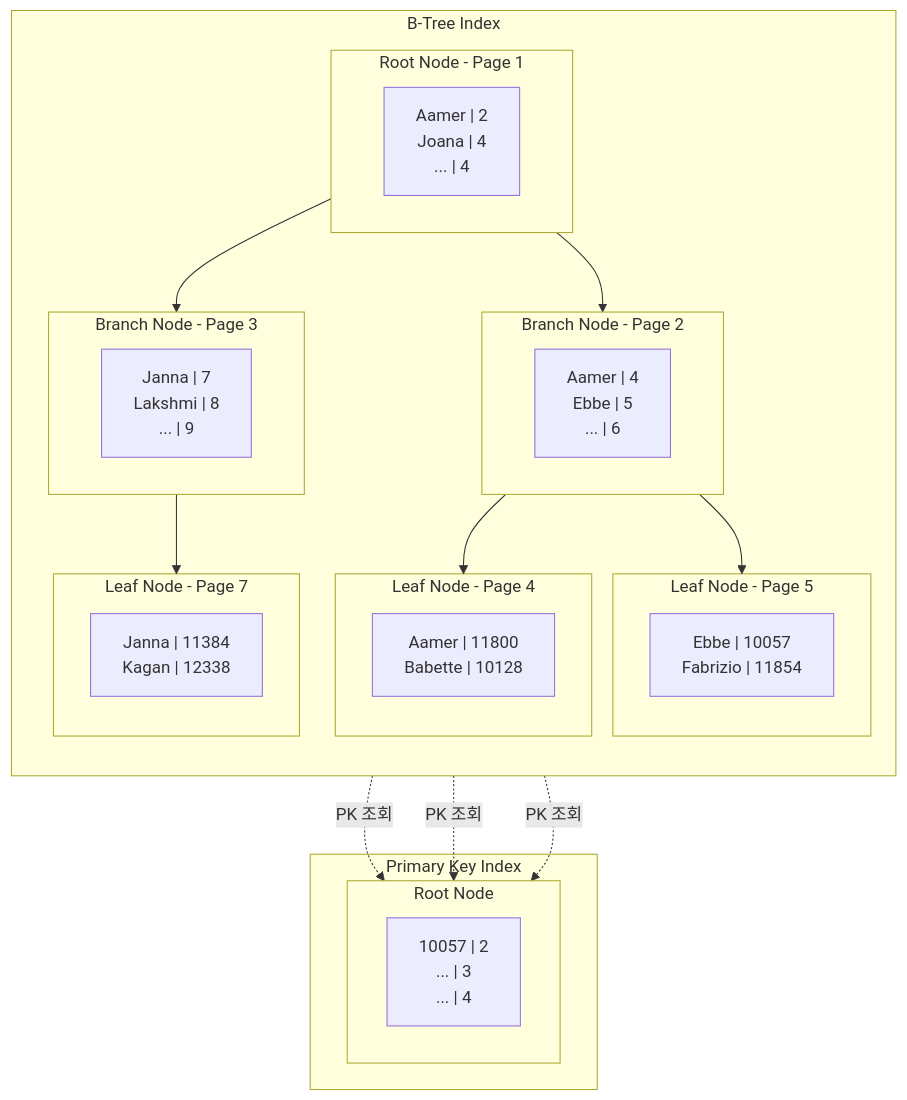
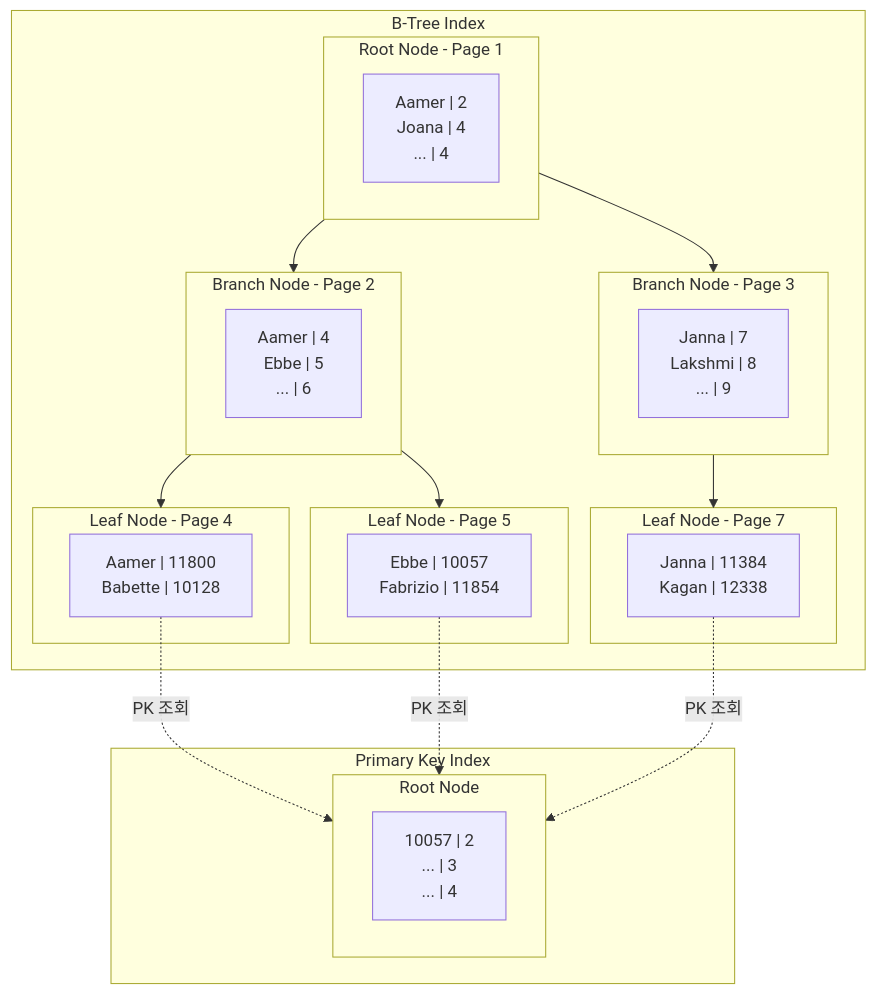
The diagram in src/content/docs/docs/mysql/btree-index.md (hyoguoo/hyoguoo.github.io), drawn with Mermaid before and after one commit.

Commit message:
chore: 문법 오류 수정

````diff
--- a/src/content/docs/docs/mysql/btree-index.md
+++ b/src/content/docs/docs/mysql/btree-index.md
@@ -25,39 +25,38 @@
 ```mermaid
 flowchart TD
     subgraph BTree["B-Tree Index"]
-        direction TD
         subgraph P1["Root Node - Page 1"]
             R1["Aamer | 2\nJoana | 4\n... | 4"]
         end
         subgraph P2["Branch Node - Page 2"]
             B1["Aamer | 4\nEbbe | 5\n... | 6"]
         end
         subgraph P3["Branch Node - Page 3"]
             B2["Janna | 7\nLakshmi | 8\n... | 9"]
         end
         P1 --> P2
         P1 --> P3
         subgraph P4["Leaf Node - Page 4"]
             L1["Aamer | 11800\nBabette | 10128"]
         end
         subgraph P5["Leaf Node - Page 5"]
             L2["Ebbe | 10057\nFabrizio | 11854"]
         end
         subgraph P7["Leaf Node - Page 7"]
             L3["Janna | 11384\nKagan | 12338"]
         end
         P2 --> P4
         P2 --> P5
         P3 --> P7
     end
 
     subgraph PK["Primary Key Index"]
         subgraph PKR["Root Node"]
             PKD["10057 | 2\n... | 3\n... | 4"]
         end
     end
 
     L1 -.->|PK 조회| PKR
     L2 -.->|PK 조회| PKR
     L3 -.->|PK 조회| PKR
 ```
````
